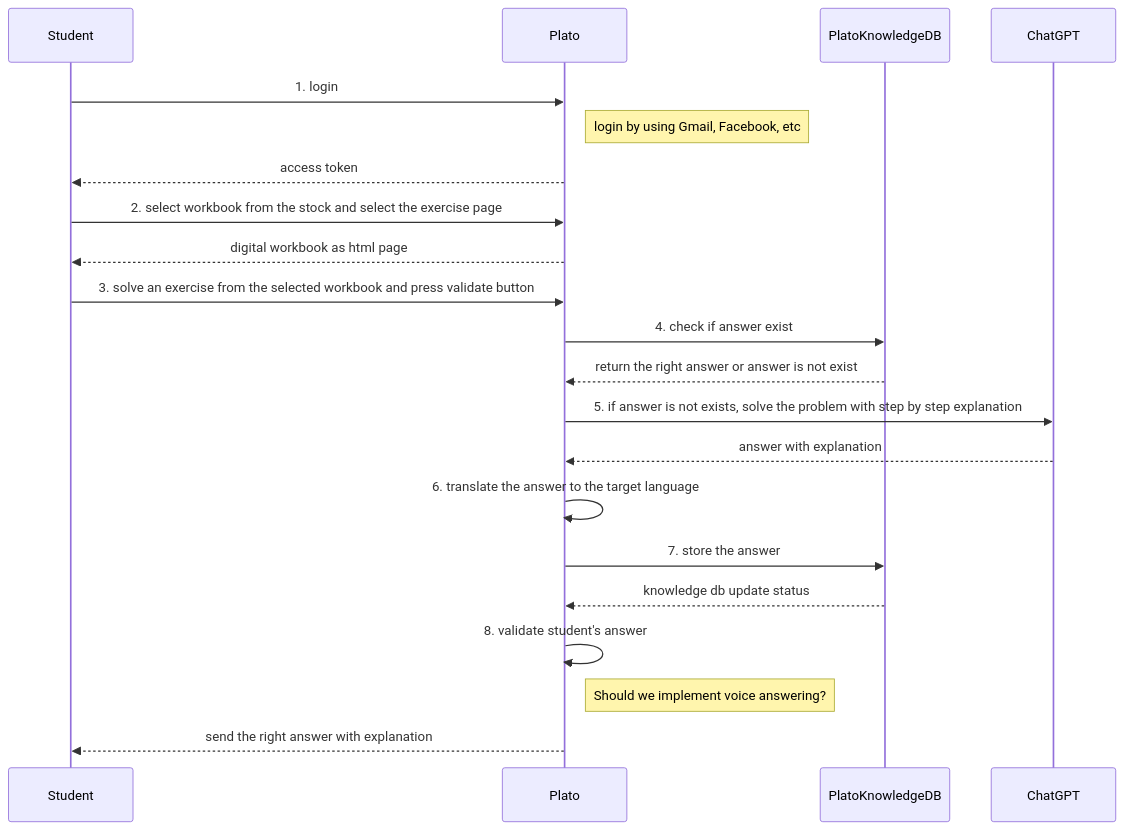
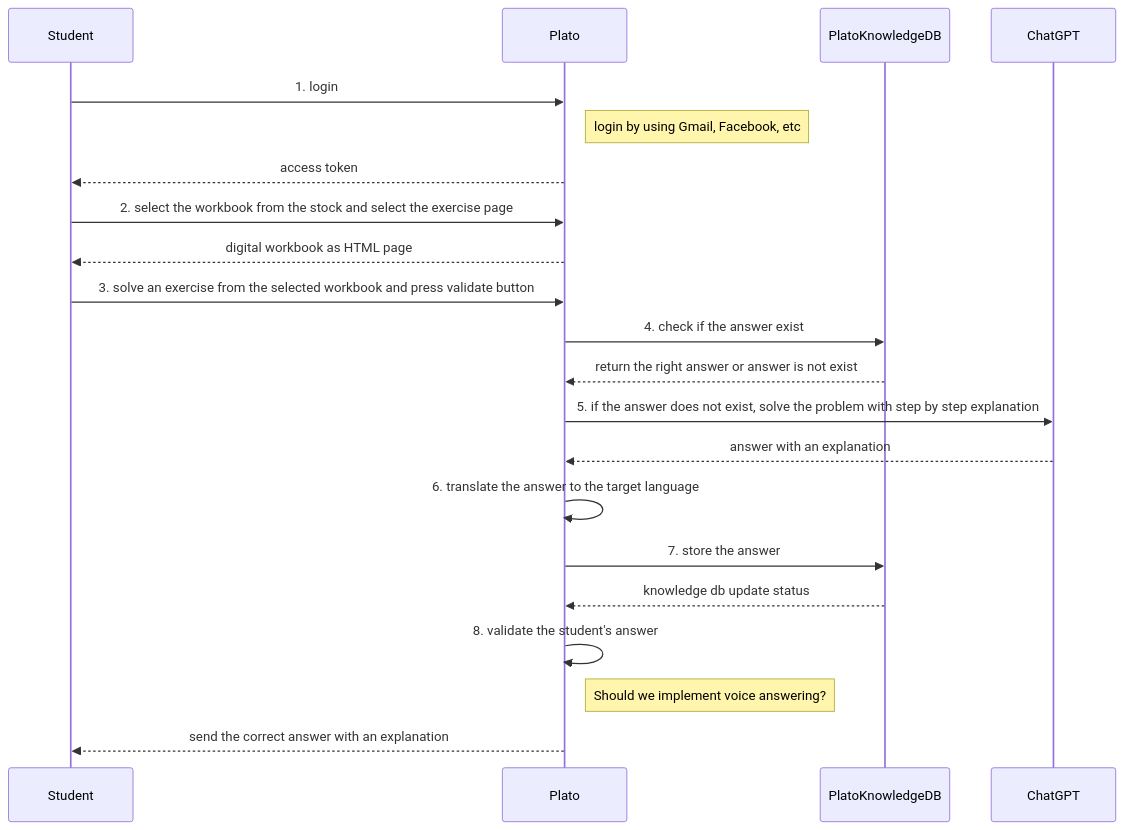
One commit to dimastatz/plato changed the second of 2 diagrams in docs/design.md. Above: the diagram before and after it, drawn with Mermaid. The commit also changed other lines of this file, not shown here.

````diff
--- a/docs/design.md
+++ b/docs/design.md
@@ -62,27 +62,27 @@
 ```mermaid
 sequenceDiagram
 
 Student->>Plato: 1. login
 Note right of Plato: login by using Gmail, Facebook, etc 
 Plato-->>Student: access token
 
-Student->>Plato: 2. select workbook from the stock and select the exercise page
-Plato-->>Student: digital workbook as html page 
+Student->>Plato: 2. select the workbook from the stock and select the exercise page
+Plato-->>Student: digital workbook as HTML page 
 
 Student->>Plato: 3. solve an exercise from the selected workbook and press validate button
 
-Plato->>PlatoKnowledgeDB: 4. check if answer exist
+Plato->>PlatoKnowledgeDB: 4. check if the answer exist
 PlatoKnowledgeDB-->>Plato: return the right answer or answer is not exist
 
-Plato->>ChatGPT: 5. if answer is not exists, solve the problem with step by step explanation 
-ChatGPT-->>Plato: answer with explanation
+Plato->>ChatGPT: 5. if the answer does not exist, solve the problem with step by step explanation 
+ChatGPT-->>Plato: answer with an explanation
 
 Plato->>Plato: 6. translate the answer to the target language
 Plato->>PlatoKnowledgeDB: 7. store the answer
 PlatoKnowledgeDB-->>Plato: knowledge db update status
 
-Plato->>Plato: 8. validate student's answer
+Plato->>Plato: 8. validate the student's answer
 Note right of Plato: Should we implement voice answering?
 
-Plato-->>Student: send the right answer with explanation
+Plato-->>Student: send the correct answer with an explanation
 ```
````
